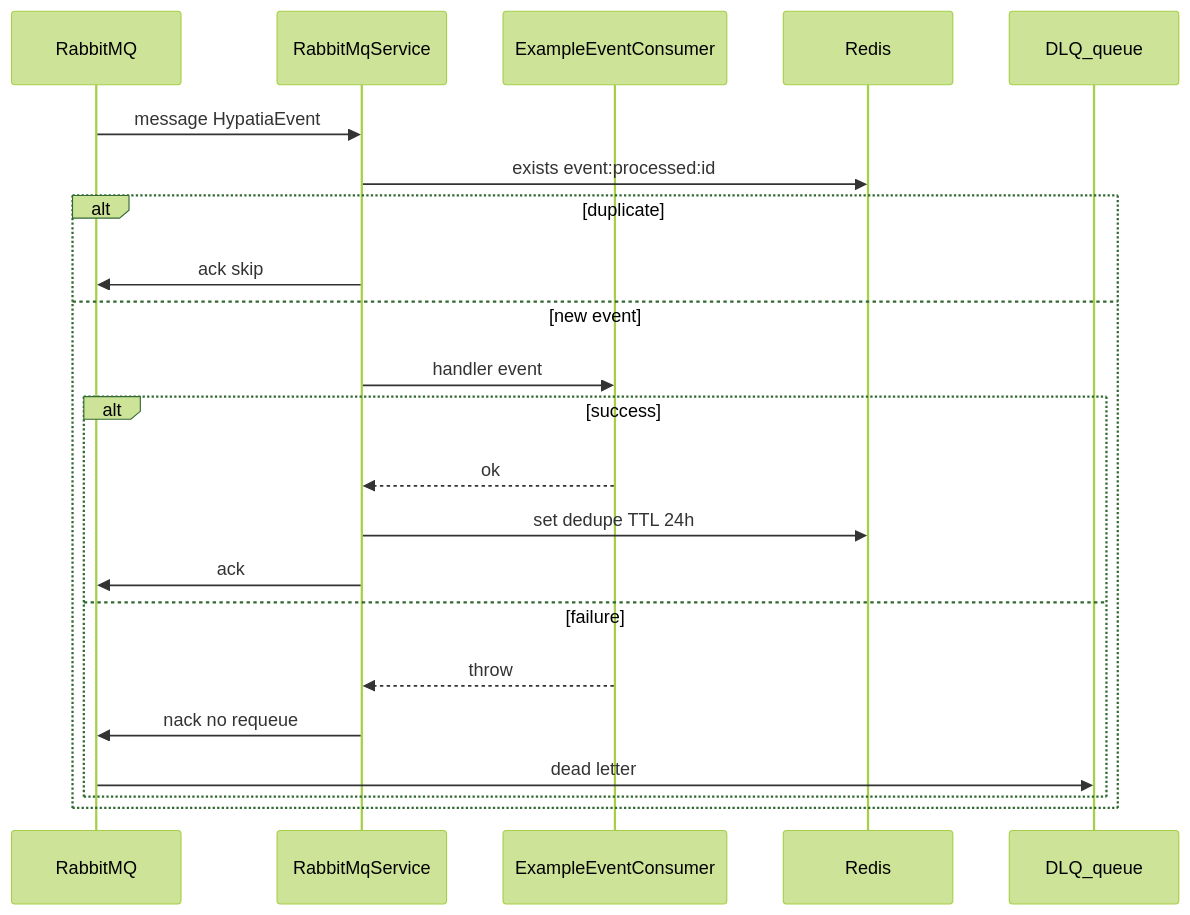
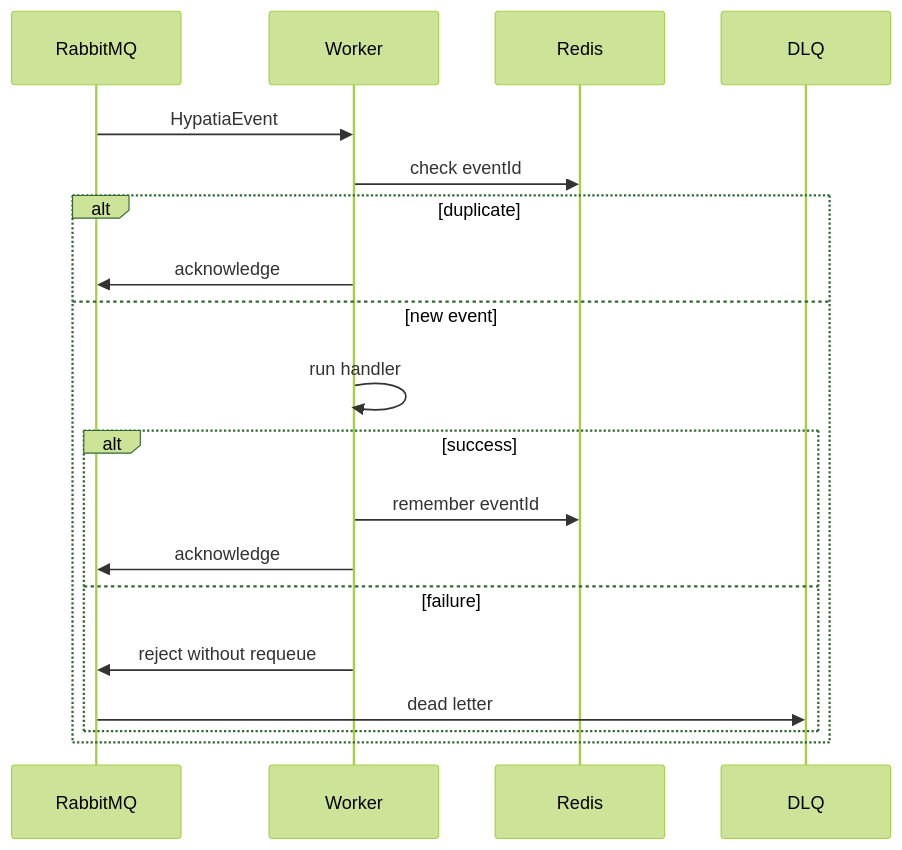
One commit to hypatiatecnologia/hypatia-nest-starter changed the second of 2 diagrams in docs/onboarding/MAPA-MENTAL.md. Above: the diagram before and after it, drawn with Mermaid (forest theme). The commit also changed other lines of this file and 4 other files, not shown here.

````diff
--- a/docs/onboarding/MAPA-MENTAL.md
+++ b/docs/onboarding/MAPA-MENTAL.md
@@ -36,25 +23,22 @@
 ```mermaid
 sequenceDiagram
-  participant RMQ as RabbitMQ
-  participant Consumer as RabbitMqService
-  participant Handler as ExampleEventConsumer
+  participant Broker as RabbitMQ
+  participant Worker
   participant Redis
-  participant DLQ as DLQ_queue
+  participant DLQ
 
-  RMQ->>Consumer: message HypatiaEvent
-  Consumer->>Redis: exists event:processed:id
+  Broker->>Worker: HypatiaEvent
+  Worker->>Redis: check eventId
   alt duplicate
-    Consumer->>RMQ: ack skip
+    Worker->>Broker: acknowledge
   else new event
-    Consumer->>Handler: handler event
+    Worker->>Worker: run handler
     alt success
-      Handler-->>Consumer: ok
-      Consumer->>Redis: set dedupe TTL 24h
-      Consumer->>RMQ: ack
+      Worker->>Redis: remember eventId
+      Worker->>Broker: acknowledge
     else failure
-      Handler-->>Consumer: throw
-      Consumer->>RMQ: nack no requeue
-      RMQ->>DLQ: dead letter
+      Worker->>Broker: reject without requeue
+      Broker->>DLQ: dead letter
     end
   end
 ```
````
